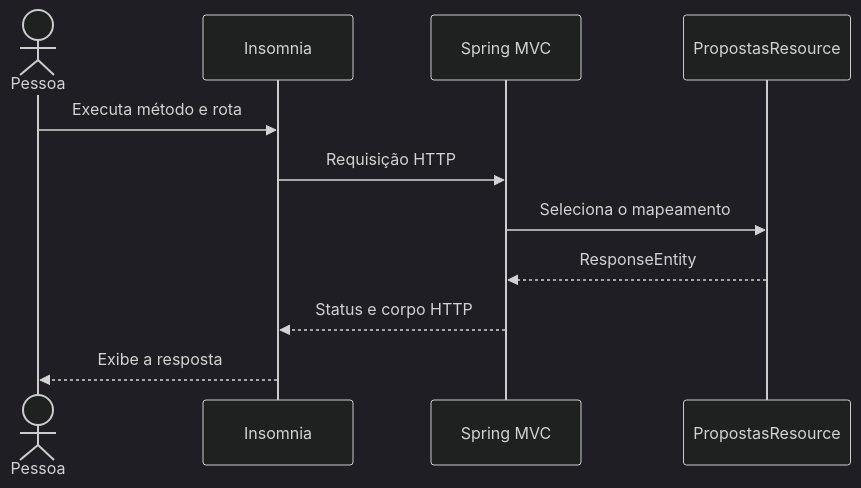
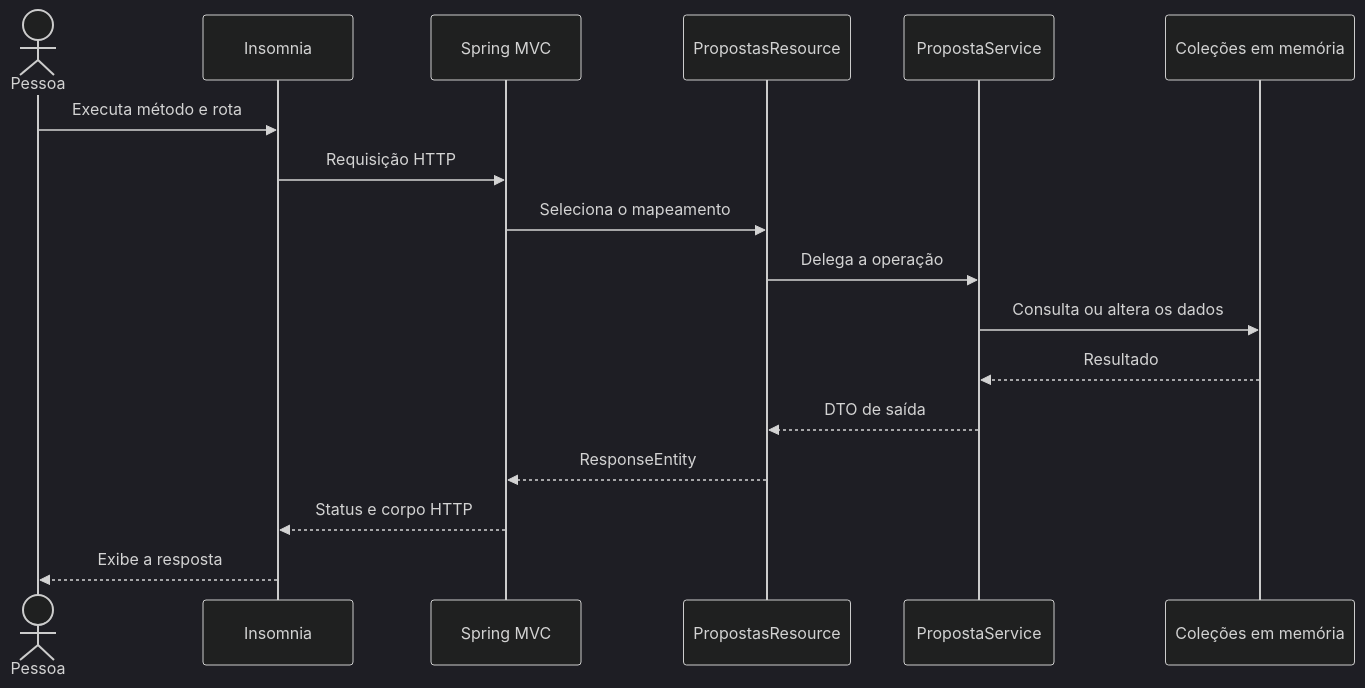
Before and after one commit to F290-TP2/PIApi: the diagram in docs/01-api-rest-insomnia.md, drawn with Mermaid (dark theme). The commit also changed other lines of this file and 7 other files, not shown here.

````diff
--- a/docs/01-api-rest-insomnia.md
+++ b/docs/01-api-rest-insomnia.md
@@ -39,13 +57,19 @@
 ```mermaid
 sequenceDiagram
     actor Pessoa
     participant I as Insomnia
     participant S as Spring MVC
     participant C as PropostasResource
+    participant A as PropostaService
+    participant M as Coleções em memória
     Pessoa->>I: Executa método e rota
     I->>S: Requisição HTTP
     S->>C: Seleciona o mapeamento
+    C->>A: Delega a operação
+    A->>M: Consulta ou altera os dados
+    M-->>A: Resultado
+    A-->>C: DTO de saída
     C-->>S: ResponseEntity
     S-->>I: Status e corpo HTTP
     I-->>Pessoa: Exibe a resposta
 ```
````
